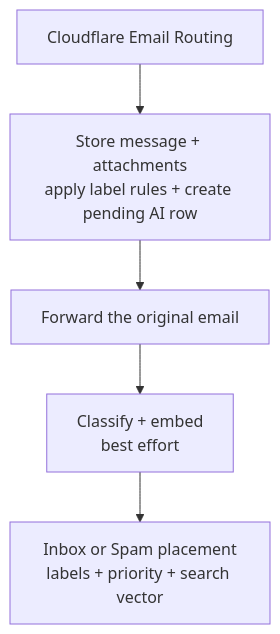
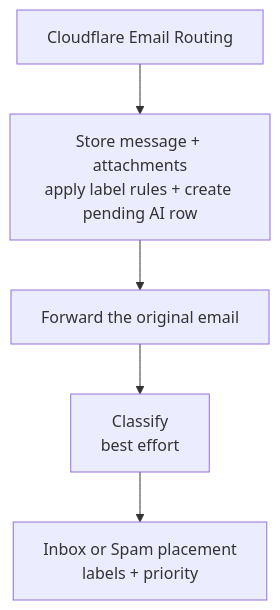
Before and after one commit to allistera/Cookie-Docs: the first of 3 diagrams in docs/04-ai-features.mdx, drawn with Mermaid. The commit also changed other lines of this file and 6 other files, not shown here.

````diff
--- a/docs/04-ai-features.mdx
+++ b/docs/04-ai-features.mdx
@@ -30,7 +30,7 @@
 ```mermaid
 flowchart TB
     Routing["Cloudflare Email Routing"] --> Store["Store message + attachments<br/>apply label rules + create pending AI row"]
     Store --> Forward["Forward the original email"]
-    Forward --> Enrich["Classify + embed<br/>best effort"]
-    Enrich --> Inbox["Inbox or Spam placement<br/>labels + priority + search vector"]
+    Forward --> Enrich["Classify<br/>best effort"]
+    Enrich --> Inbox["Inbox or Spam placement<br/>labels + priority"]
 ```
````
